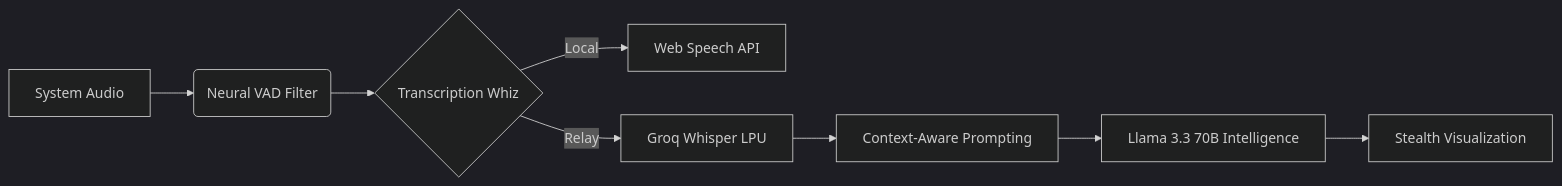
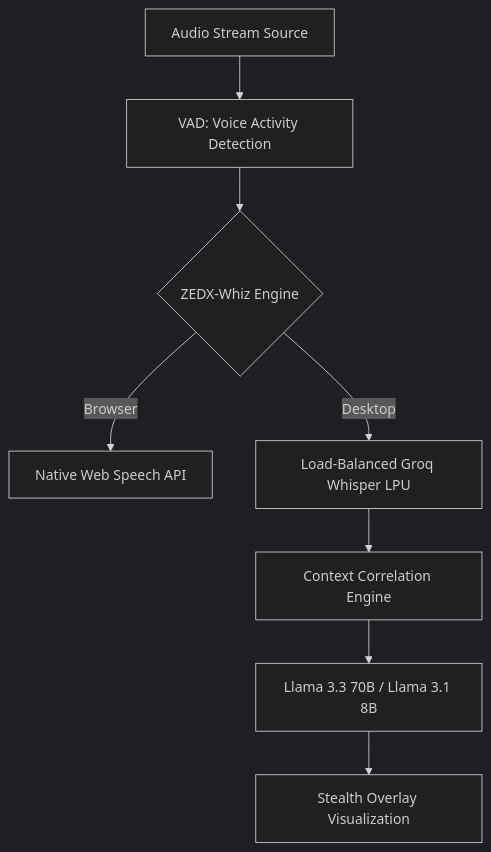
One commit to ziademad02153/ZEDX-AI-Assistant changed the diagram in README.md. Above: the diagram before and after it, drawn with Mermaid (dark theme). The commit also changed other lines of this file and 9 other files, not shown here.

````diff
--- a/README.md
+++ b/README.md
@@ -15,10 +30,10 @@
 ```mermaid
-graph LR
-    A[System Audio] --> B(Neural VAD Filter)
-    B --> C{Transcription Whiz}
-    C -->|Local| D[Web Speech API]
-    C -->|Relay| E[Groq Whisper LPU]
-    E --> F[Context-Aware Prompting]
-    F --> G[Llama 3.3 70B Intelligence]
-    G --> H[Stealth Visualization]
+graph TD
+    A[Audio Stream Source] --> B[VAD: Voice Activity Detection]
+    B --> C{ZEDX-Whiz Engine}
+    C -->|Browser| D[Native Web Speech API]
+    C -->|Desktop| E[Load-Balanced Groq Whisper LPU]
+    E --> F[Context Correlation Engine]
+    F --> G[Llama 3.3 70B / Llama 3.1 8B]
+    G --> H[Stealth Overlay Visualization]
 ```
````
